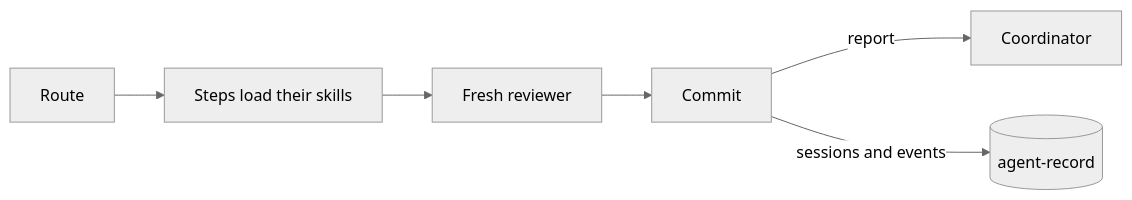
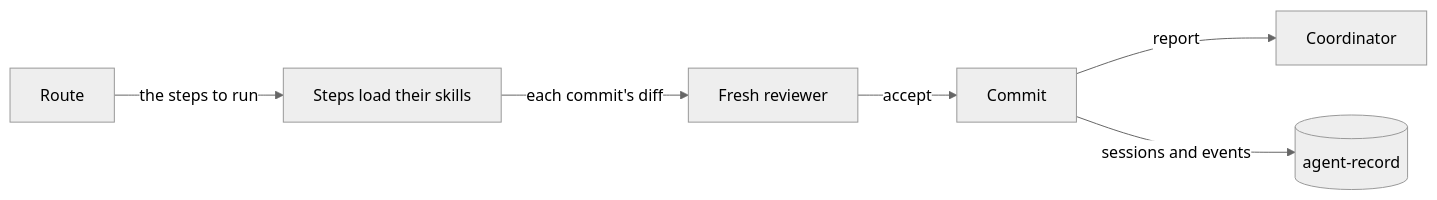
One commit to cniska/agent-skills changed the first of 3 diagrams in docs/loops.md. Above: the diagram before and after it, drawn with Mermaid (neutral theme). The commit also changed other lines of this file and 1 other file, not shown here.

Commit message:
docs: chart a task's life in the README

````diff
--- a/docs/loops.md
+++ b/docs/loops.md
@@ -9,8 +9,8 @@
 ```mermaid
 flowchart LR
-  route["Route"] --> steps["Steps load their skills"]
-  steps --> rev["Fresh reviewer"]
-  rev --> commit["Commit"]
+  route["Route"] -- "the steps to run" --> steps["Steps load their skills"]
+  steps -- "each commit's diff" --> rev["Fresh reviewer"]
+  rev -- "accept" --> commit["Commit"]
   commit -- "report" --> lead["Coordinator"]
   commit -- "sessions and events" --> rec[("agent-record")]
 ```
````
